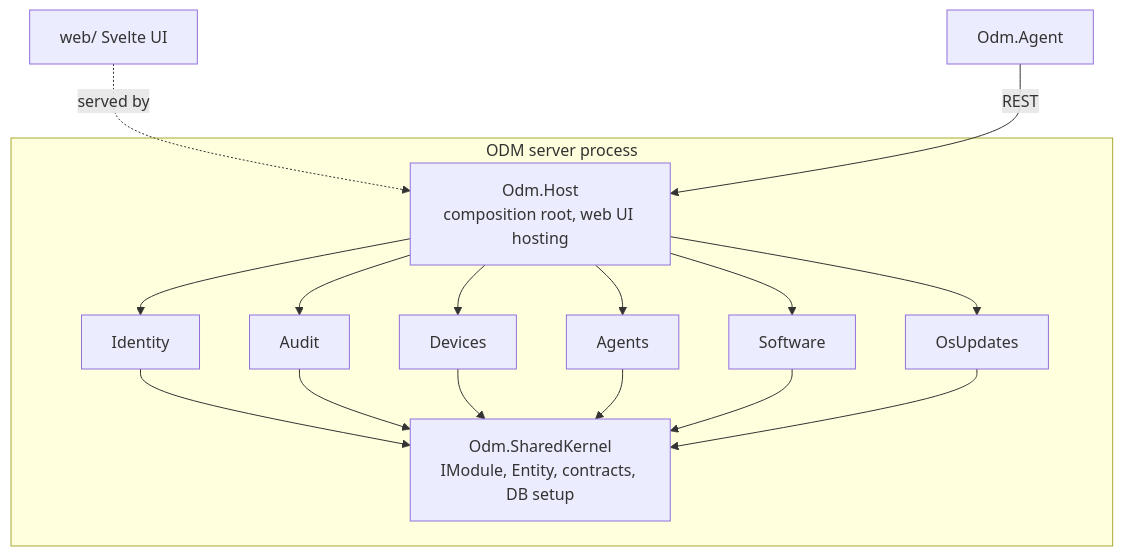
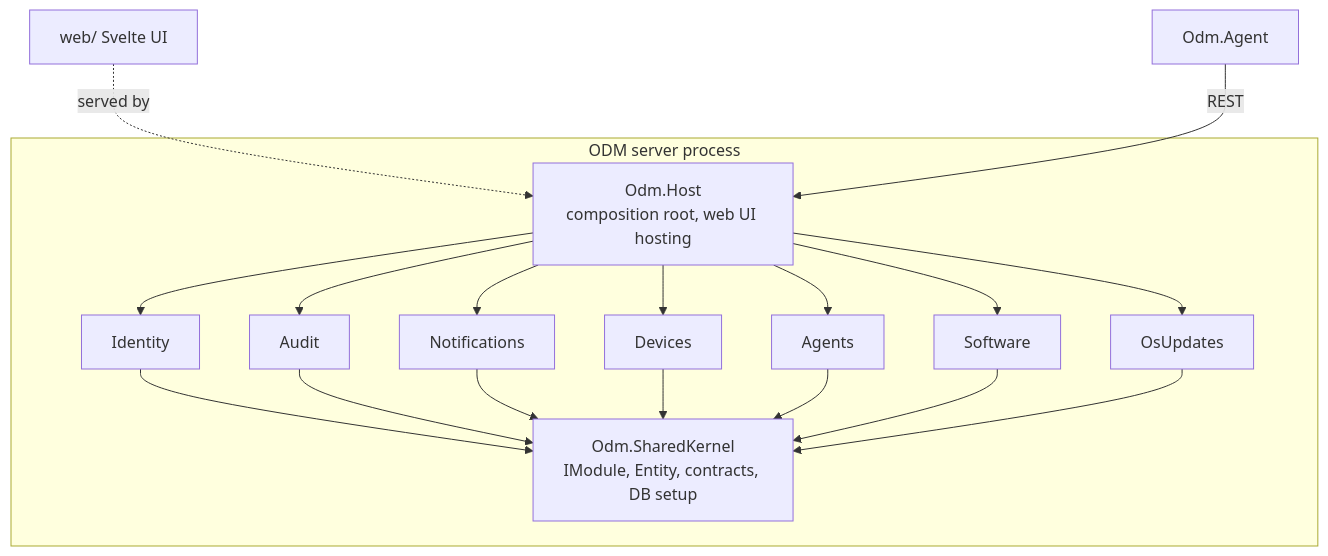
Before and after one commit to tschlaeppi/odm: the second of 6 diagrams in docs/architecture/arc42.md, drawn with Mermaid. The commit also changed other lines of this file and 31 other files, not shown here.

````diff
--- a/docs/architecture/arc42.md
+++ b/docs/architecture/arc42.md
@@ -95,16 +95,16 @@
 ```mermaid
 flowchart TB
     subgraph Server[ODM server process]
         Host[Odm.Host<br/>composition root, web UI hosting]
         Identity
         Devices
         Agents
         Software
         OsUpdates
         Kernel[Odm.SharedKernel<br/>IModule, Entity, contracts, DB setup]
-        Host --> Identity & Audit & Devices & Agents & Software & OsUpdates
-        Identity & Audit & Devices & Agents & Software & OsUpdates --> Kernel
+        Host --> Identity & Audit & Notifications & Devices & Agents & Software & OsUpdates
+        Identity & Audit & Notifications & Devices & Agents & Software & OsUpdates --> Kernel
     end
     Web[web/ Svelte UI] -.served by.-> Host
     AgentProc[Odm.Agent] -->|REST| Host
 ```
````
